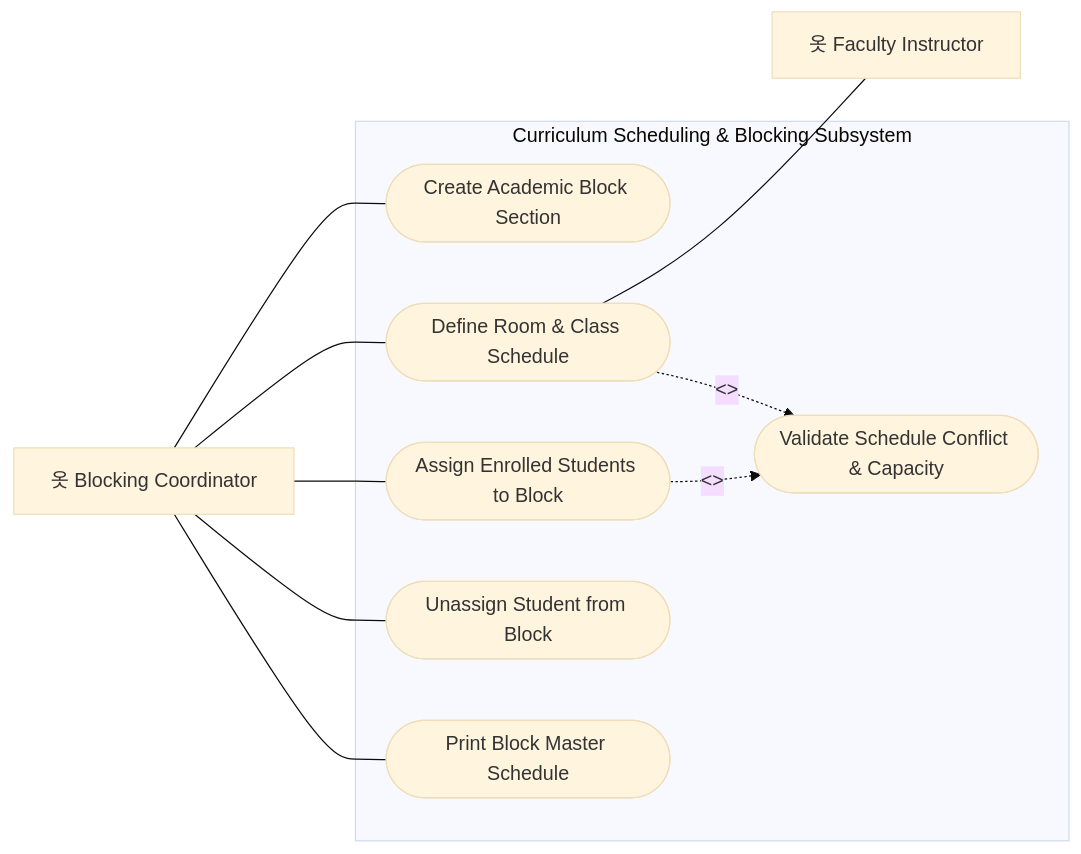
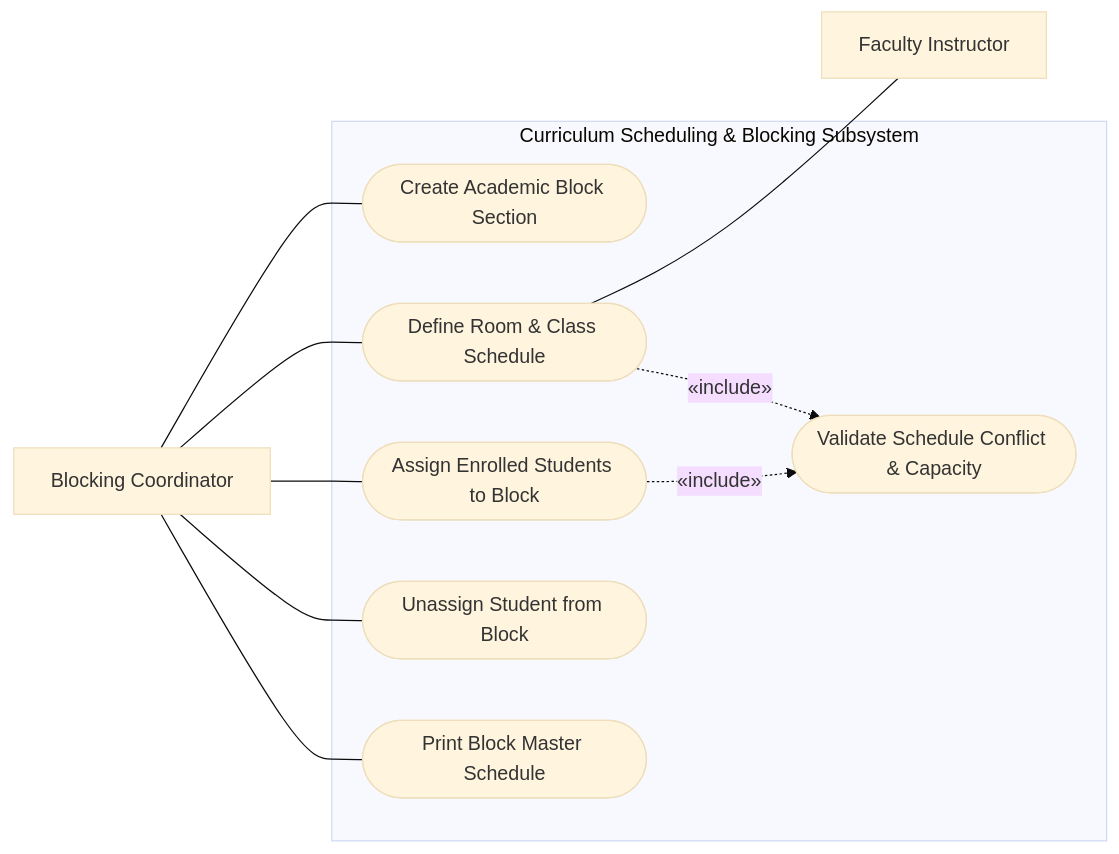
Diagram 12 of 17 in Documentation/Use-Case-Diagram-Guide.md (kirbygeagonia-create/EnrollmentManagementSystem), drawn with Mermaid (base theme) before and after one commit. The commit also changed other lines of this file and 51 other files, not shown here.

````diff
--- a/Documentation/Use-Case-Diagram-Guide.md
+++ b/Documentation/Use-Case-Diagram-Guide.md
@@ -583,24 +585,24 @@
 ```mermaid
 flowchart LR
-    A_Blo["옷 Blocking Coordinator"]
-    A_Inst["옷 Faculty Instructor"]
+    A_Blo["Blocking Coordinator"]
+    A_Inst["Faculty Instructor"]
 
     subgraph SYSTEM ["Curriculum Scheduling & Blocking Subsystem"]
         UC_BL01(["Create Academic Block Section"])
         UC_BL02(["Define Room & Class Schedule"])
         UC_BL03(["Validate Schedule Conflict & Capacity"])
         UC_BL04(["Assign Enrolled Students to Block"])
         UC_BL05(["Unassign Student from Block"])
         UC_BL06(["Print Block Master Schedule"])
     end
 
     A_Blo --- UC_BL01
     A_Blo --- UC_BL02
     A_Blo --- UC_BL04
     A_Blo --- UC_BL05
     A_Blo --- UC_BL06
 
     UC_BL02 --- A_Inst
-    UC_BL02 -.->|"<<include>>"| UC_BL03
-    UC_BL04 -.->|"<<include>>"| UC_BL03
+    UC_BL02 -.->|"«include»"| UC_BL03
+    UC_BL04 -.->|"«include»"| UC_BL03
 ```
````
